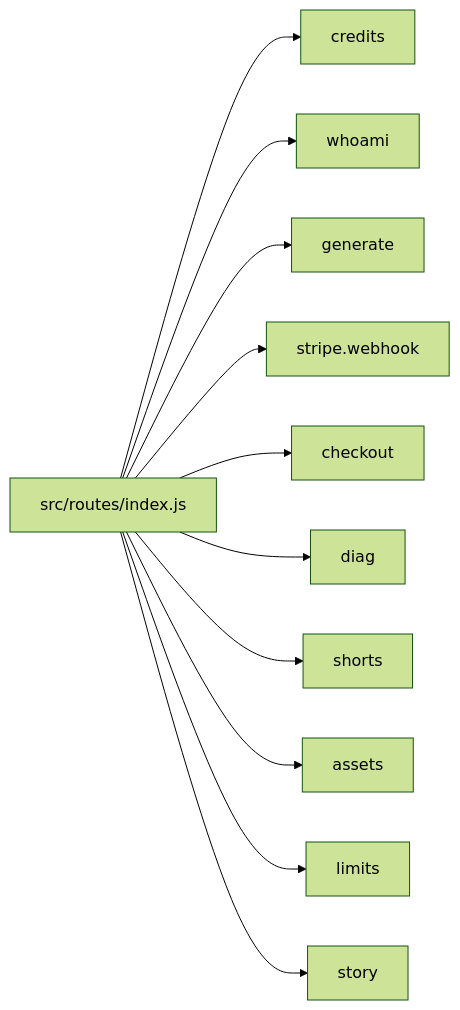
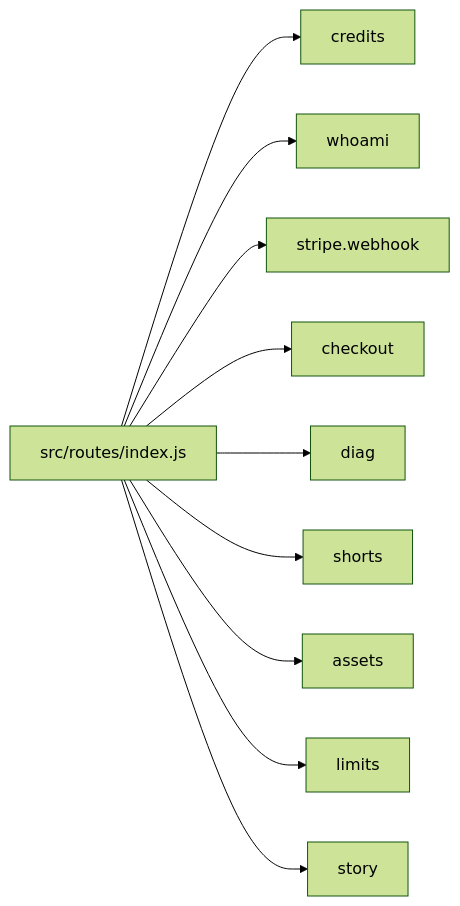
One commit to AJR628/vaiform changed the fifth of 13 diagrams in docs/REPO_ARCHITECTURE_DIAGRAM.md. Above: the diagram before and after it, drawn with Mermaid (forest theme). The commit also changed other lines of this file and 50 other files, not shown here.

````diff
--- a/docs/REPO_ARCHITECTURE_DIAGRAM.md
+++ b/docs/REPO_ARCHITECTURE_DIAGRAM.md
@@ -157,14 +157,13 @@
 ```mermaid
 flowchart LR
   Index["src/routes/index.js"]
   Index --> Credits["credits"]
   Index --> Whoami["whoami"]
-  Index --> Generate["generate"]
   Index --> Webhook["stripe.webhook"]
   Index --> Checkout["checkout"]
   Index --> Diag["diag"]
   Index --> Shorts["shorts"]
   Index --> Assets["assets"]
   Index --> Limits["limits"]
   Index --> Story["story"]
 ```
````
